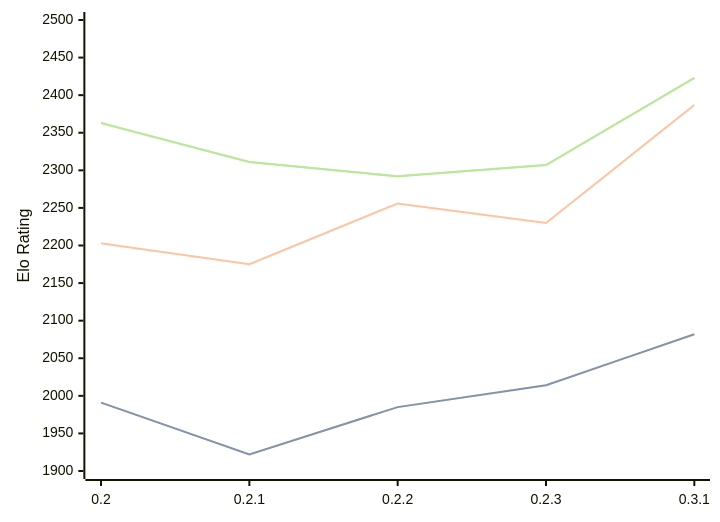
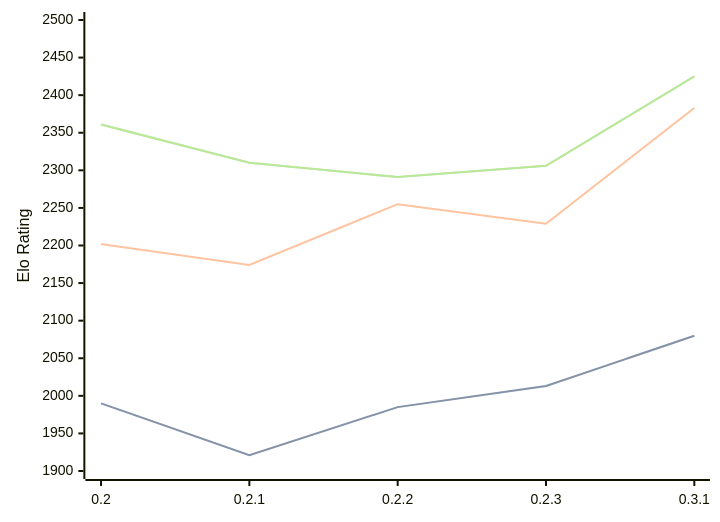
The first of 3 diagrams in engines/Lolbot.md (computer-chess-index/cci), drawn with Mermaid before and after one commit. The commit also changed other lines of this file, not shown here.

Commit message:
Update CCI Ratings (ELO VLTC) - 2026-06-26

````diff
--- a/engines/Lolbot.md
+++ b/engines/Lolbot.md
@@ -36,11 +36,11 @@
 ```mermaid
 %%{init: {"theme":"base","themeVariables":{"seriesColors:['#a3a3a3','#222221','#faa371']}}}%%
 xychart-beta
   x-axis ["0.2", "0.2.1", "0.2.2", "0.2.3", "0.3.1"]
   y-axis "Elo Rating" 1900 --> 2500
-  line "STC (8.0+0.08s)" [1991, 1922, 1985, 2014, 2082]
-  line "STC (8.0+0.08s)" [1991, 1922, 1985, 2014, 2082]
-  line "LTC (60.0+0.60s)" [2203, 2175, 2256, 2230, 2387]
-  line "VLTC (2m24s+1.12s)" [2363, 2311, 2292, 2307, 2423]
-  line "VLTC (2m24s+1.12s)" [2363, 2311, 2292, 2307, 2423]
+  line "STC (8.0+0.08s)" [1990, 1921, 1985, 2013, 2080]
+  line "STC (8.0+0.08s)" [1990, 1921, 1985, 2013, 2080]
+  line "LTC (60.0+0.60s)" [2202, 2174, 2255, 2229, 2383]
+  line "VLTC (2m24s+1.12s)" [2361, 2310, 2291, 2306, 2425]
+  line "VLTC (2m24s+1.12s)" [2361, 2310, 2291, 2306, 2425]
 ```
````
